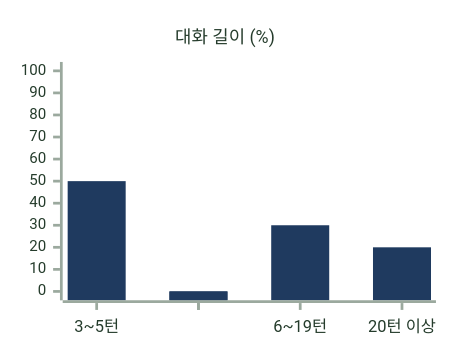
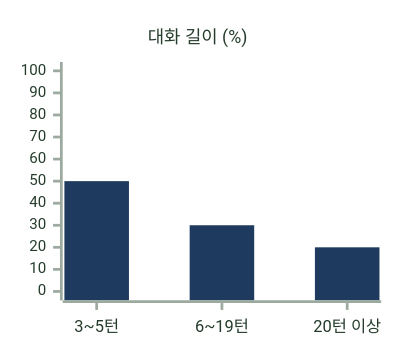
The first of 16 diagrams in docs/AI/CHAT/6-4-AI-EVALUATION-METHOD.md (KIM-N-KANG/knk-harness), drawn with Mermaid before and after one commit. The commit also changed other lines of this file, not shown here.

````diff
--- a/docs/AI/CHAT/6-4-AI-EVALUATION-METHOD.md
+++ b/docs/AI/CHAT/6-4-AI-EVALUATION-METHOD.md
@@ -63,8 +63,8 @@
 ```mermaid
-%%{init: {"theme": "base", "xyChart": {"width": 308, "height": 240, "titleFontSize": 13, "xAxis": {"labelFontSize": 12}, "yAxis": {"labelFontSize": 11, "showTitle": false}}, "themeVariables": {"xyChart": {"backgroundColor": "#FFFFFF", "titleColor": "#253C2C", "xAxisLabelColor": "#253C2C", "xAxisLineColor": "#9BA99E", "xAxisTickColor": "#9BA99E", "yAxisLabelColor": "#253C2C", "yAxisLineColor": "#9BA99E", "yAxisTickColor": "#9BA99E", "plotColorPalette": "#1F3A5F"}}}}%%
+%%{init: {"theme": "base", "xyChart": {"width": 268, "height": 240, "titleFontSize": 13, "xAxis": {"labelFontSize": 12}, "yAxis": {"labelFontSize": 11, "showTitle": false}}, "themeVariables": {"xyChart": {"backgroundColor": "#FFFFFF", "titleColor": "#253C2C", "xAxisLabelColor": "#253C2C", "xAxisLineColor": "#9BA99E", "xAxisTickColor": "#9BA99E", "yAxisLabelColor": "#253C2C", "yAxisLineColor": "#9BA99E", "yAxisTickColor": "#9BA99E", "plotColorPalette": "#1F3A5F"}}}}%%
 xychart-beta
     title "대화 길이 (%)"
-    x-axis ["3~5턴", " ", "6~19턴", "  ", "20턴 이상"]
+    x-axis ["3~5턴", "6~19턴", "20턴 이상"]
     y-axis 0 --> 100
-    bar [50, 0, 30, 0, 20]
+    bar [50, 30, 20]
 ```
````
